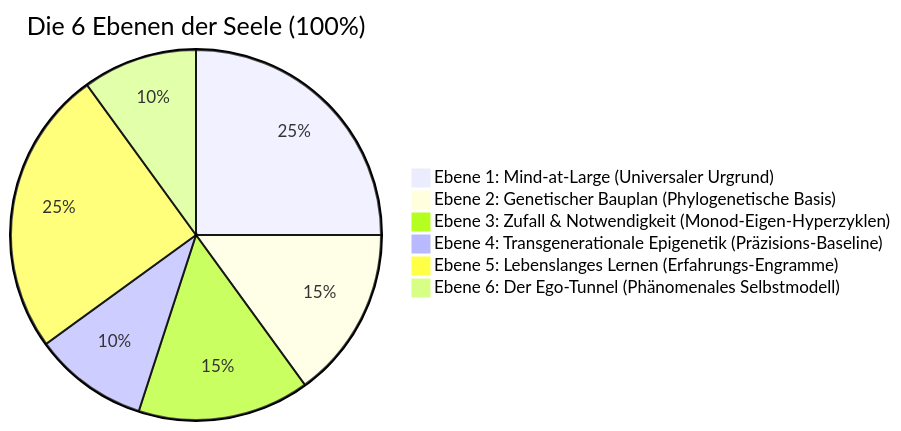
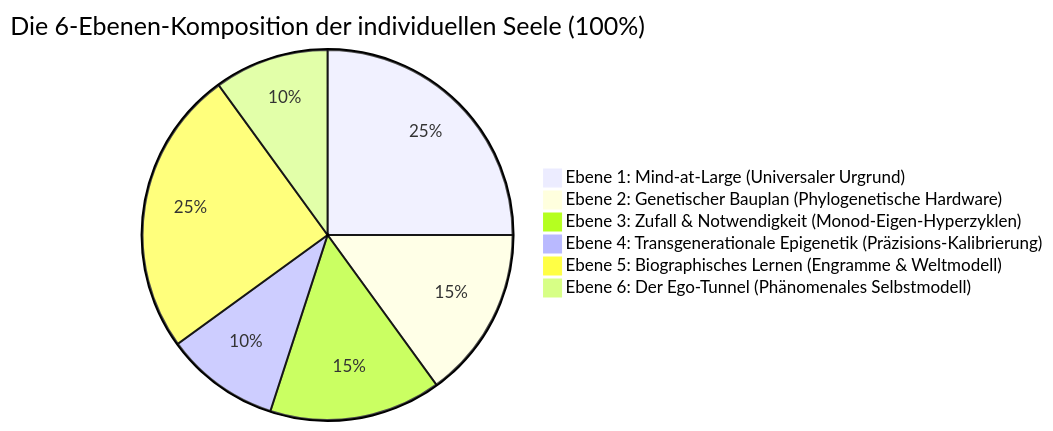
The first of 3 diagrams in book/manuscript_de/05_komposition_der_seele_6_ebenen_de.md (Thriebl/active-inference-phi-network), drawn with Mermaid before and after one commit. The commit also changed other lines of this file and 16 other files, not shown here.

````diff
--- a/book/manuscript_de/05_komposition_der_seele_6_ebenen_de.md
+++ b/book/manuscript_de/05_komposition_der_seele_6_ebenen_de.md
@@ -12,9 +18,9 @@
 ```mermaid
-pie title Die 6 Ebenen der Seele (100%)
+pie title Die 6-Ebenen-Komposition der individuellen Seele (100%)
     "Ebene 1: Mind-at-Large (Universaler Urgrund)" : 25
-    "Ebene 2: Genetischer Bauplan (Phylogenetische Basis)" : 15
+    "Ebene 2: Genetischer Bauplan (Phylogenetische Hardware)" : 15
     "Ebene 3: Zufall & Notwendigkeit (Monod-Eigen-Hyperzyklen)" : 15
-    "Ebene 4: Transgenerationale Epigenetik (Präzisions-Baseline)" : 10
-    "Ebene 5: Lebenslanges Lernen (Erfahrungs-Engramme)" : 25
+    "Ebene 4: Transgenerationale Epigenetik (Präzisions-Kalibrierung)" : 10
+    "Ebene 5: Biographisches Lernen (Engramme & Weltmodell)" : 25
     "Ebene 6: Der Ego-Tunnel (Phänomenales Selbstmodell)" : 10
 ```
````
